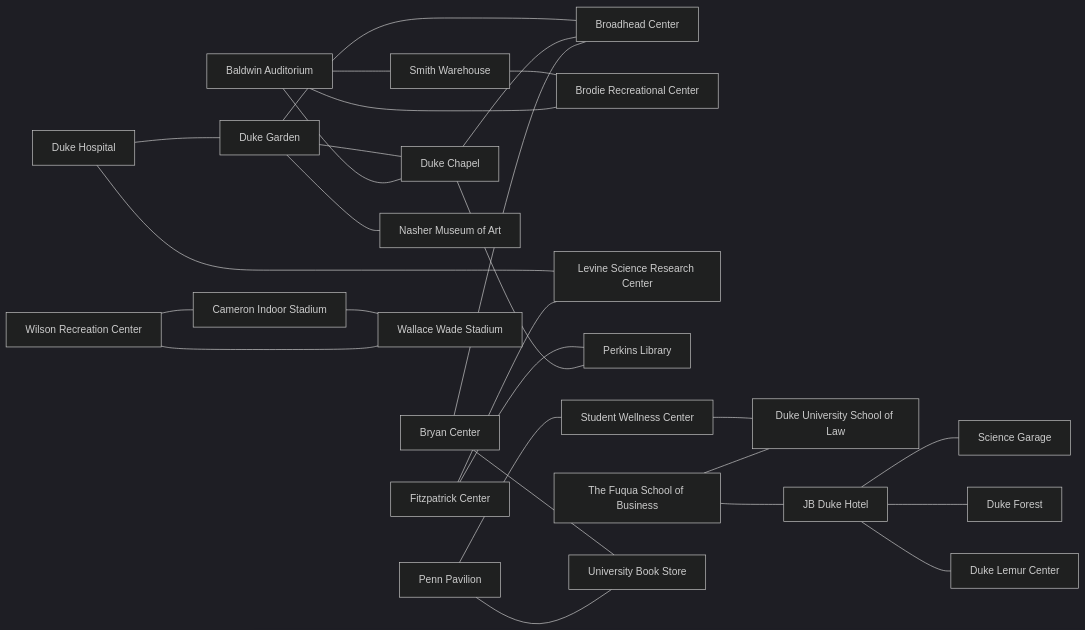
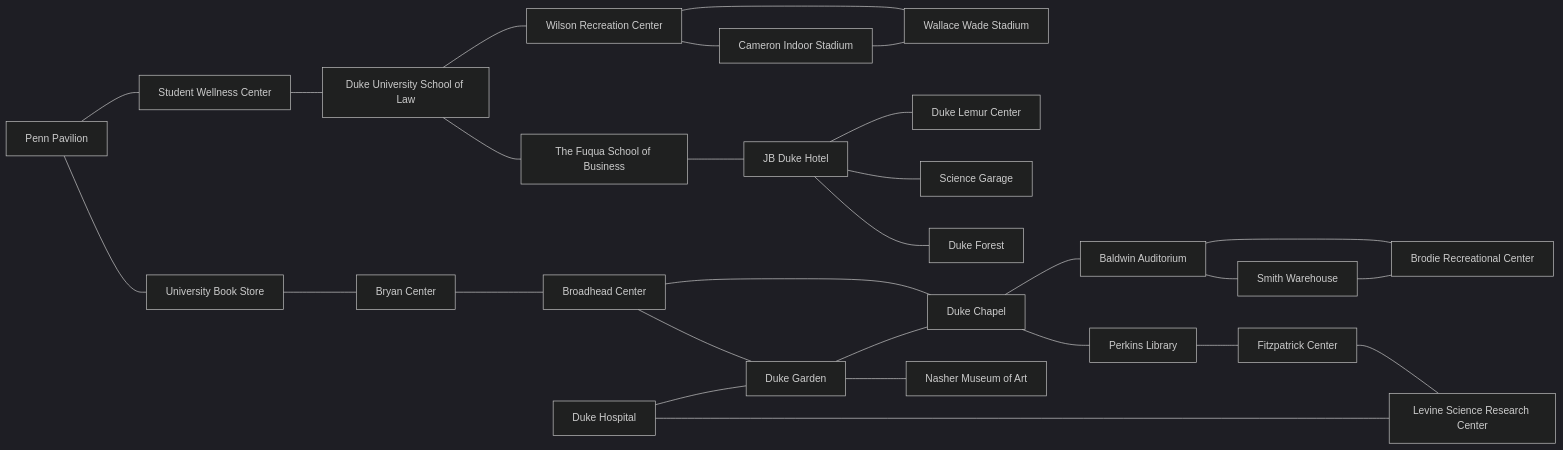
The second of 2 diagrams in README.md (selinaes/HP-Strategy-Conquest-Game), drawn with Mermaid (dark theme) before and after one commit.

````diff
--- a/README.md
+++ b/README.md
@@ -208,55 +208,79 @@
 ```mermaid
 flowchart LR
     baldwin[Baldwin Auditorium]
-    broadhead[Broadhead Center]
-    brodie[Brodie Recreational Center]
+    smith[Smith Warehouse]
     bryan[Bryan Center]
-    smith[Smith Warehouse]
-    cameron[Cameron Indoor Stadium]
-    dukeChapel[Duke Chapel]
-    dukeForest[Duke Forest]
-    dukeGarden[Duke Garden]
-    dukeHospital[Duke Hospital]
-    dukeLemur[Duke Lemur Center]
-    dukeLaw[Duke University School of Law]
-    fitzpatrick[Fitzpatrick Center]
-    jbDuke[JB Duke Hotel]
-    levine[Levine Science Research Center]
-    nasher[Nasher Museum of Art]
-    penn[Penn Pavilion]
-    perkins[Perkins Library]
-    scienceGarage[Science Garage]
-    smith[Smith Warehouse]
-    studentWellness[Student Wellness Center]
+    wilson[Wilson Recreation Center]
+ 
+   cameron[Cameron Indoor Stadium]
+  
+ 
+ 
     fuqua[The Fuqua School of Business]
     bookStore[University Book Store]
     wallace[Wallace Wade Stadium]
-    wilson[Wilson Recreation Center]
+  
+    dukeLemur[Duke Lemur Center]
+    smith[Smith Warehouse]
+    studentWellness[Student Wellness Center]
 
+   dukeLaw[Duke University School of Law]
+   fitzpatrick[Fitzpatrick Center]
+   jbDuke[JB Duke Hotel]
+   levine[Levine Science Research Center]
+   
+   penn[Penn Pavilion]
+   scienceGarage[Science Garage]
+
+
+   dukeForest[Duke Forest]
     baldwin --- brodie
     baldwin --- smith
-    baldwin --- dukeChapel
+
+    brodie[Brodie Recreational Center]
     smith --- brodie
+
+    dukeChapel[Duke Chapel]
+    dukeChapel --- baldwin
+
+    perkins[Perkins Library]
+    broadhead[Broadhead Center]
+
+    broadhead --- dukeChapel
+    dukeChapel --- perkins
+
+    nasher[Nasher Museum of Art]
+    dukeGarden[Duke Garden]
+
+    dukeGarden --- dukeChapel
+    dukeGarden --- nasher
+    broadhead --- dukeGarden
+
+    perkins --- fitzpatrick
+    fitzpatrick --- levine
+
+    dukeHospital[Duke Hospital]
+
+    dukeHospital --- levine
+    dukeHospital --- dukeGarden
+
+    bryan --- broadhead
+    penn --- bookStore
+    penn --- studentWellness
+    studentWellness --- dukeLaw
+    bookStore --- bryan
+
+    dukeLaw --- fuqua
+    fuqua --- jbDuke
+
     wilson --- cameron
     wilson --- wallace
+    dukeLaw --- wilson
     cameron --- wallace
-    fuqua --- dukeLaw
-    fuqua --- jbDuke
-    jbDuke --- scienceGarage
+
+
+
     jbDuke --- dukeForest
-    jbDuke --- dukeLemur
-    studentWellness --- dukeLaw
-    penn --- studentWellness
-    penn --- bookStore
-    bryan --- bookStore
-    bryan --- broadhead
-    dukeChapel --- broadhead
-    dukeChapel --- perkins
-    fitzpatrick --- levine
-    fitzpatrick --- perkins
-    dukeHospital --- levine
-    dukeHospital --- dukeGarden
-    dukeGarden --- dukeChapel
-    dukeGarden --- nasher
-    dukeGarden --- broadhead
+   jbDuke --- scienceGarage
+   jbDuke --- dukeLemur
 ```
````
